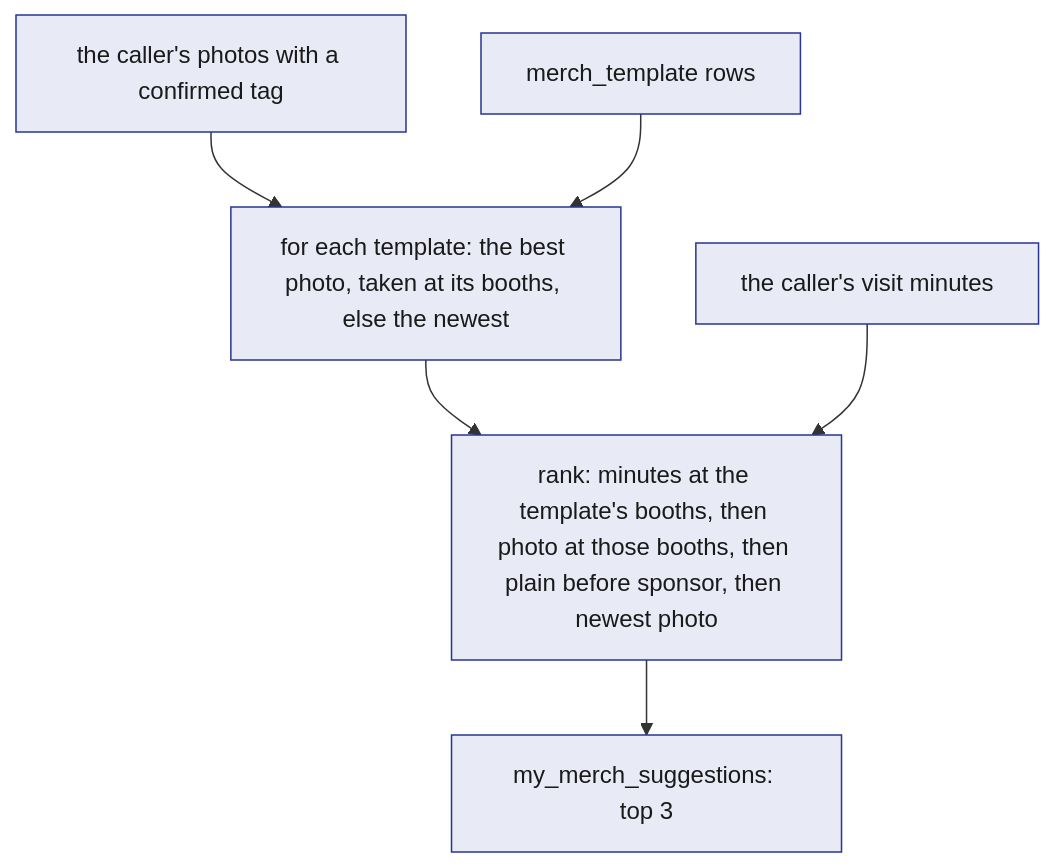
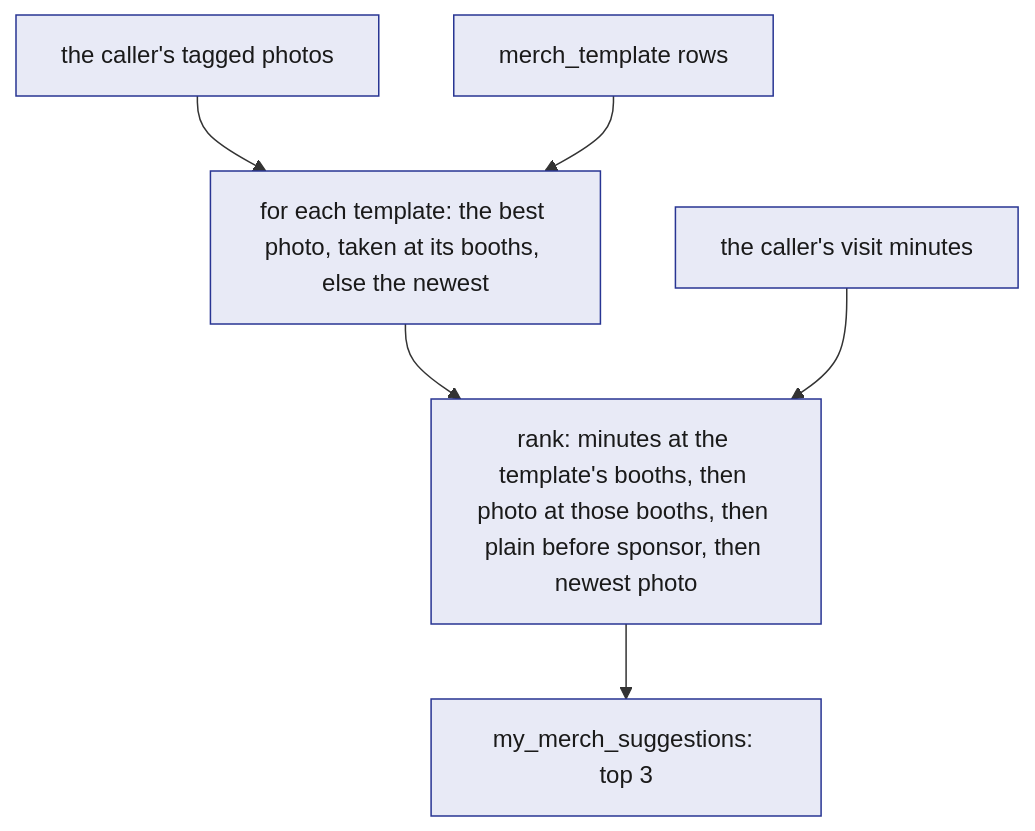
Before and after one commit to viktorinkov/cal-hacks-13: the first of 3 diagrams in System Design/6-features/Merch.md, drawn with Mermaid. The commit also changed other lines of this file and 23 other files, not shown here.

````diff
--- a/System Design/6-features/Merch.md
+++ b/System Design/6-features/Merch.md
@@ -75,10 +75,10 @@
 ```mermaid
 flowchart TD
-    PH["the caller's photos with a confirmed tag"] --> PICK["for each template: the best photo, taken at its booths, else the newest"]
+    PH["the caller's tagged photos"] --> PICK["for each template: the best photo, taken at its booths, else the newest"]
     T["merch_template rows"] --> PICK
     PICK --> RANK["rank: minutes at the template's booths, then photo at those booths, then plain before sponsor, then newest photo"]
     V["the caller's visit minutes"] --> RANK
     RANK --> TOP["my_merch_suggestions: top 3"]
     classDef stdb fill:#E8EAF6,stroke:#283593,color:#1A1A1A
     class PH,PICK,T,RANK,V,TOP stdb
 ```
````
